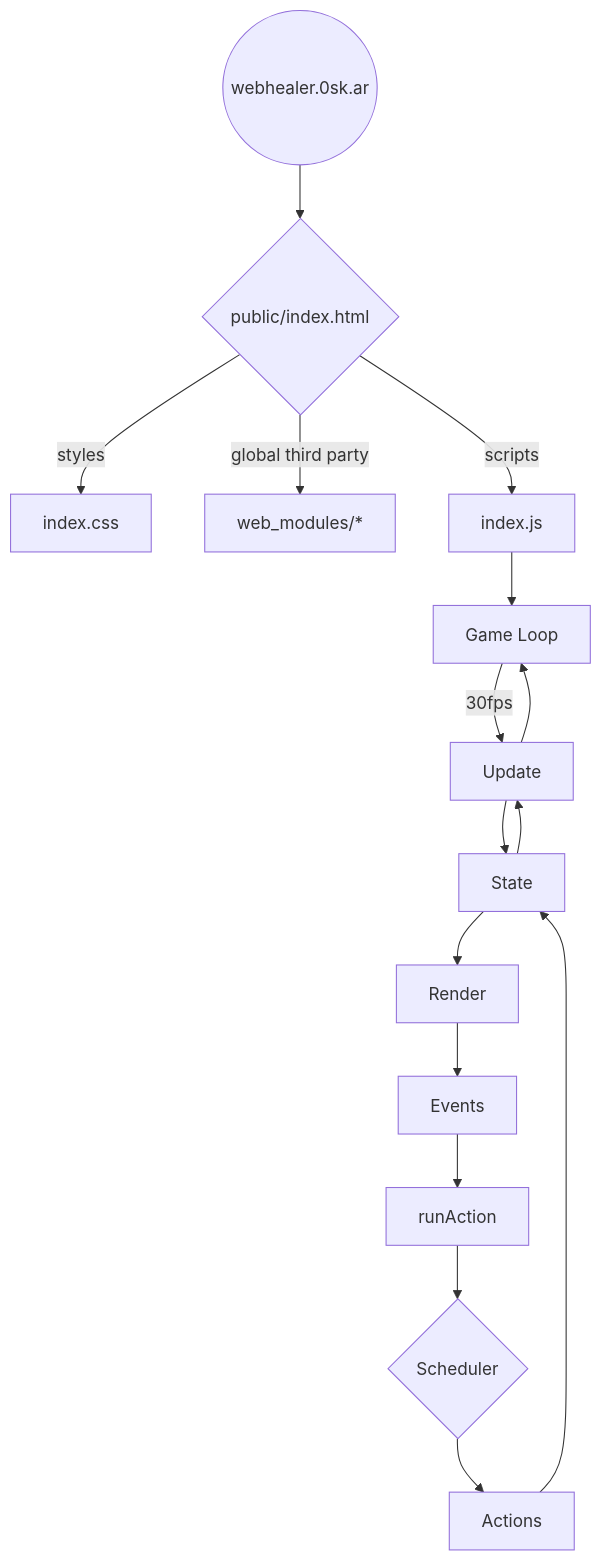
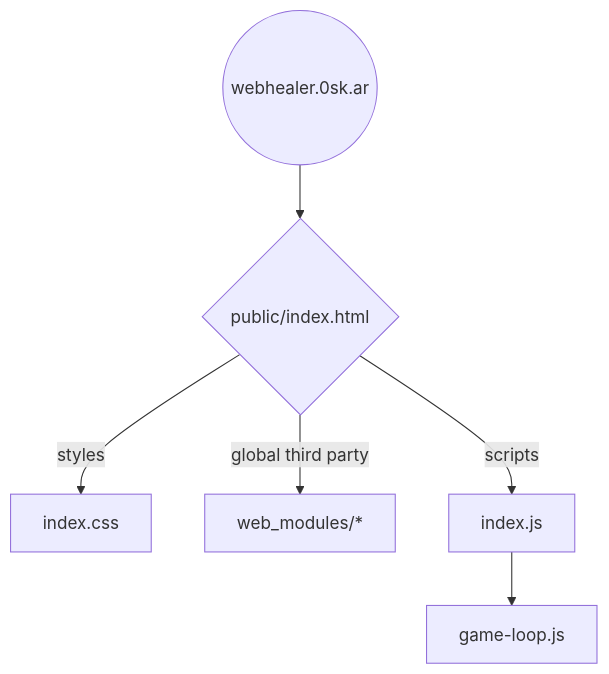
Before and after one commit to oskarrough/webhealer: the diagram in README.md, drawn with Mermaid. The commit also changed other lines of this file and 3 other files, not shown here.

````diff
--- a/README.md
+++ b/README.md
@@ -52,8 +42,8 @@
 ```mermaid
-graph
-    www((webhealer.0sk.ar)) --> html{public/index.html}
-    html -->|styles| css[index.css]
-    html -->|global third party| deps[web_modules/*]
-    html -->|scripts| js[index.js] --> Loop[Game Loop] --> |30fps| Update --> Loop
-    State --> Update --> State --> Render --> Events --> runAction --> Scheduler{Scheduler} -->  Actions --> State
+graph TD
+	www((webhealer.0sk.ar)) --> html{public/index.html}
+	html -->|styles| css[index.css]
+	html -->|global third party| deps[web_modules/*]
+	html -->|scripts| js[index.js]
+	js --> loop[game-loop.js]
 ```
````
